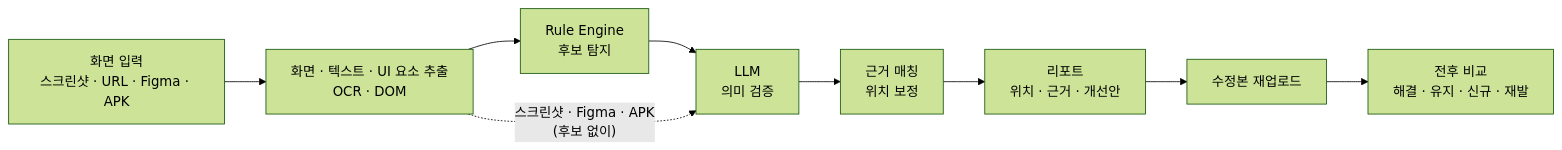
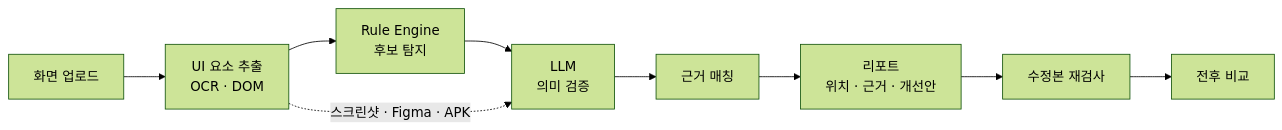
Before and after one commit to sogeumbbang/DarkAudit: the first of 3 diagrams in README.md, drawn with Mermaid (forest theme). The commit also changed other lines of this file and 8 other files, not shown here.

````diff
--- a/README.md
+++ b/README.md
@@ -44,11 +32,11 @@
 ```mermaid
 flowchart LR
-    A["화면 입력<br/>스크린샷 · URL · Figma · APK"] --> B["화면 · 텍스트 · UI 요소 추출<br/>OCR · DOM"]
+    A["화면 업로드"] --> B["UI 요소 추출<br/>OCR · DOM"]
     B --> C["Rule Engine<br/>후보 탐지"]
     C --> D["LLM<br/>의미 검증"]
-    B -. "스크린샷 · Figma · APK<br/>(후보 없이)" .-> D
-    D --> E["근거 매칭<br/>위치 보정"]
+    B -. "스크린샷 · Figma · APK" .-> D
+    D --> E["근거 매칭"]
     E --> F["리포트<br/>위치 · 근거 · 개선안"]
-    F --> G["수정본 재업로드"]
-    G --> H["전후 비교<br/>해결 · 유지 · 신규 · 재발"]
+    F --> G["수정본 재검사"]
+    G --> H["전후 비교"]
 ```
````
